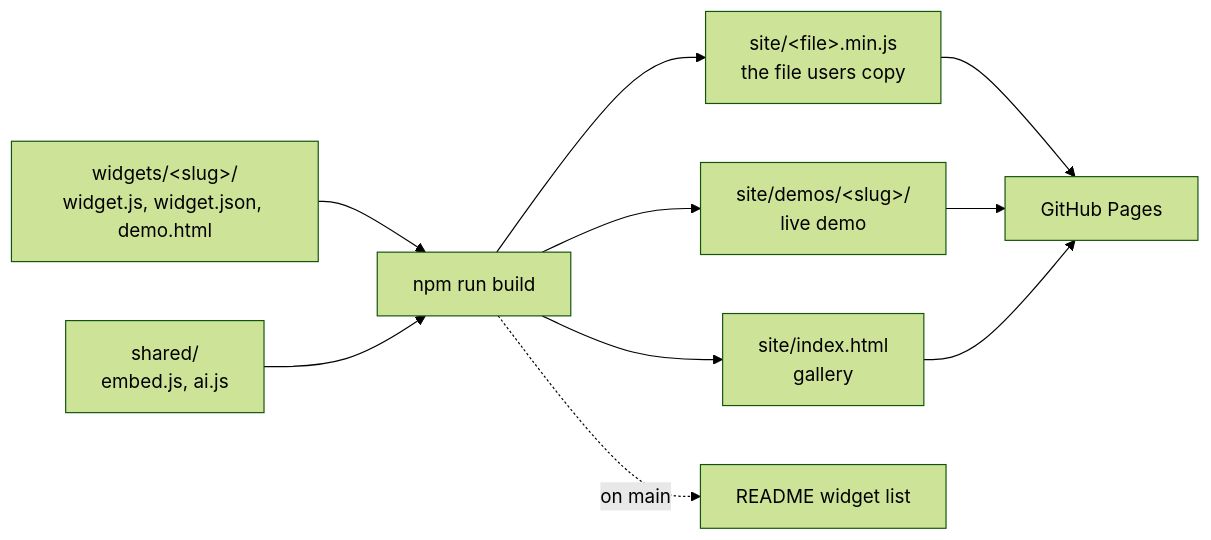
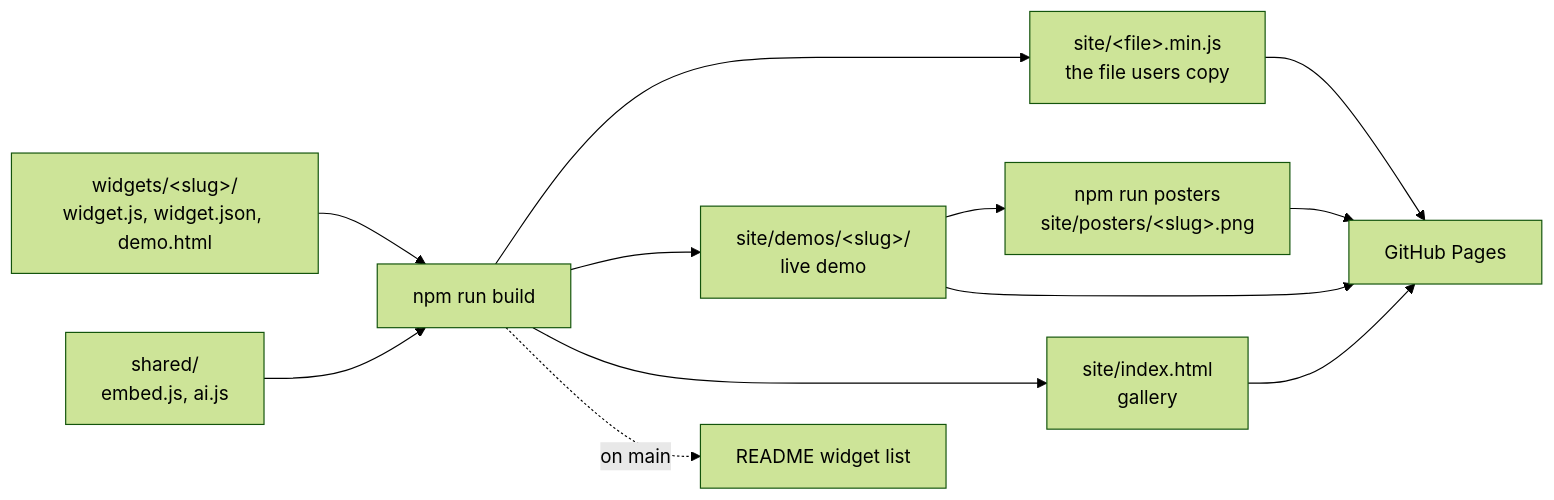
The diagram in README.md (adamsilverstein/js-widgets), drawn with Mermaid (forest theme) before and after one commit. The commit also changed other lines of this file and 4 other files, not shown here.

````diff
--- a/README.md
+++ b/README.md
@@ -30,10 +30,11 @@
 ```mermaid
 flowchart LR
     A["widgets/&lt;slug&gt;/<br>widget.js, widget.json, demo.html"] --> B["npm run build"]
     S["shared/<br>embed.js, ai.js"] --> B
     B --> C["site/&lt;file&gt;.min.js<br>the file users copy"]
     B --> D["site/demos/&lt;slug&gt;/<br>live demo"]
     B --> E["site/index.html<br>gallery"]
-    C & D & E --> F["GitHub Pages"]
+    D --> P["npm run posters<br>site/posters/&lt;slug&gt;.png"]
+    C & D & E & P --> F["GitHub Pages"]
     B -. "on main" .-> G["README widget list"]
 ```
````
